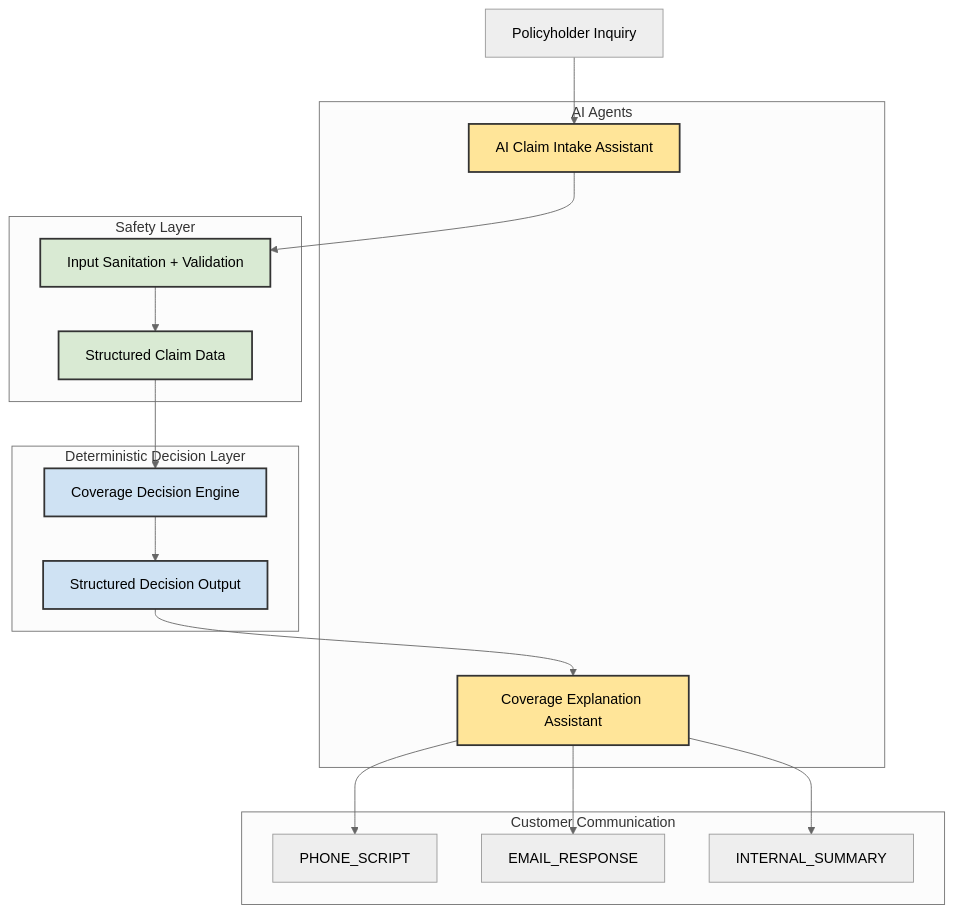
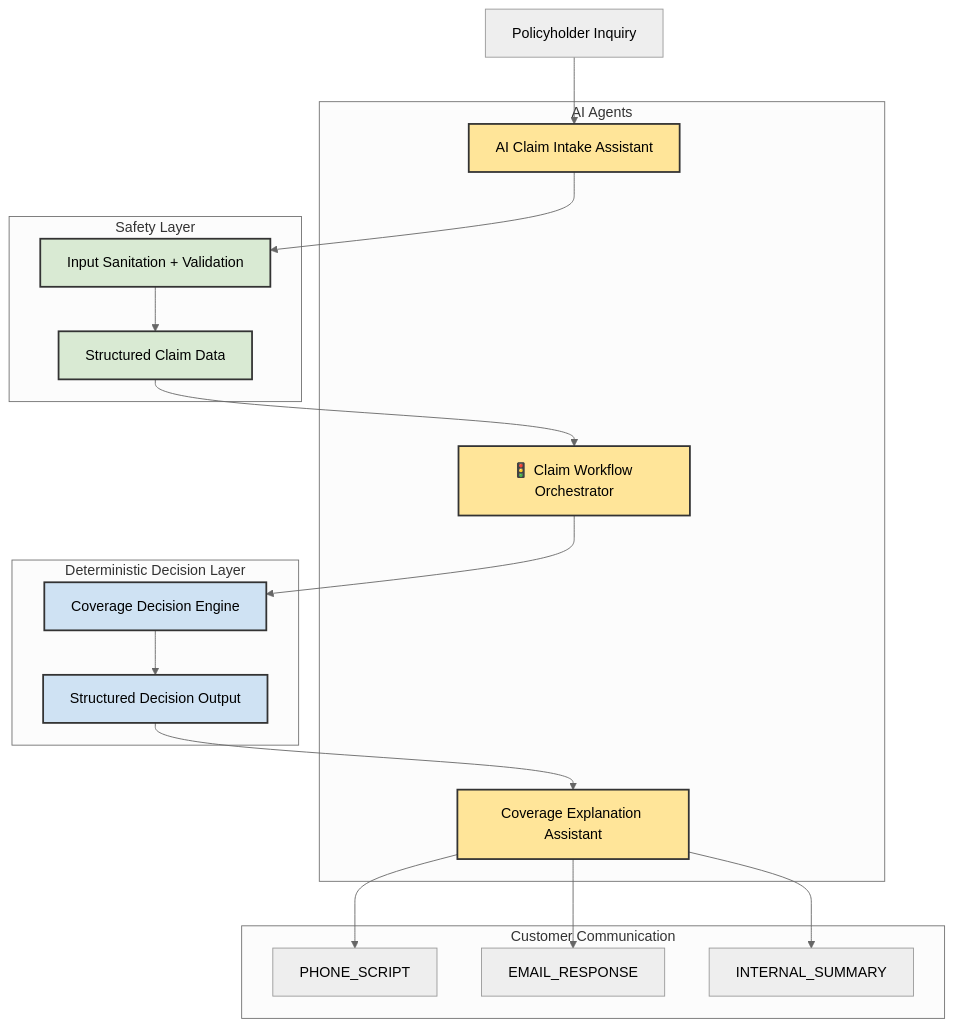
The diagram in README.md (badenaaron-oss/badenaaron-oss), drawn with Mermaid (neutral theme) before and after one commit.

````diff
--- a/README.md
+++ b/README.md
@@ -17,46 +17,48 @@
 ```mermaid
 flowchart TD
 
 A[Policyholder Inquiry]
 
 subgraph AI Agents
 B[AI Claim Intake Assistant]
-G[Coverage Explanation Assistant]
+C[🚦 Claim Workflow Orchestrator]
+D[Coverage Explanation Assistant]
 end
 
 subgraph Safety Layer
-C[Input Sanitation + Validation]
-D[Structured Claim Data]
+E[Input Sanitation + Validation]
+F[Structured Claim Data]
 end
 
 subgraph Deterministic Decision Layer
-E[Coverage Decision Engine]
-F[Structured Decision Output]
+G[Coverage Decision Engine]
+H[Structured Decision Output]
 end
 
 subgraph Customer Communication
-H[PHONE_SCRIPT]
-I[EMAIL_RESPONSE]
-J[INTERNAL_SUMMARY]
+I[PHONE_SCRIPT]
+J[EMAIL_RESPONSE]
+K[INTERNAL_SUMMARY]
 end
 
 A --> B
-B --> C
-C --> D
-D --> E
+B --> E
 E --> F
-F --> G
+F --> C
+C --> G
 G --> H
-G --> I
-G --> J
+H --> D
+D --> I
+D --> J
+D --> K
 
 %% styling
 
 classDef ai fill:#ffe599,stroke:#333,stroke-width:2px
 classDef safety fill:#d9ead3,stroke:#333,stroke-width:2px
 classDef decision fill:#cfe2f3,stroke:#333,stroke-width:2px
 
-class B,G ai
-class C,D safety
-class E,F decision
+class B,C,D ai
+class E,F safety
+class G,H decision
 ```
````
